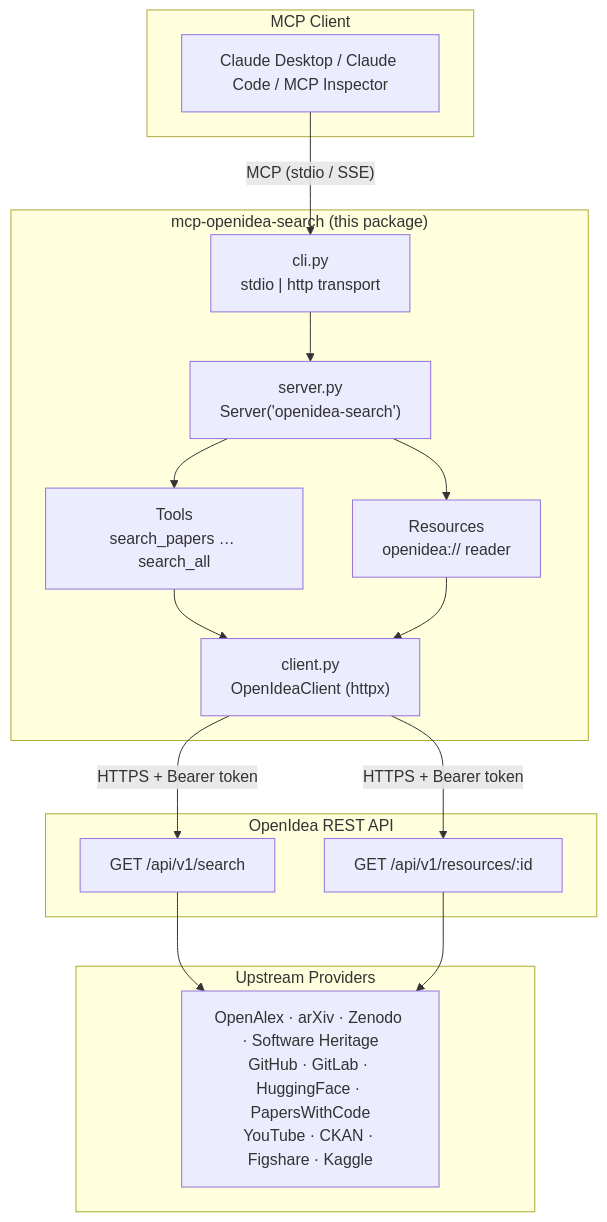
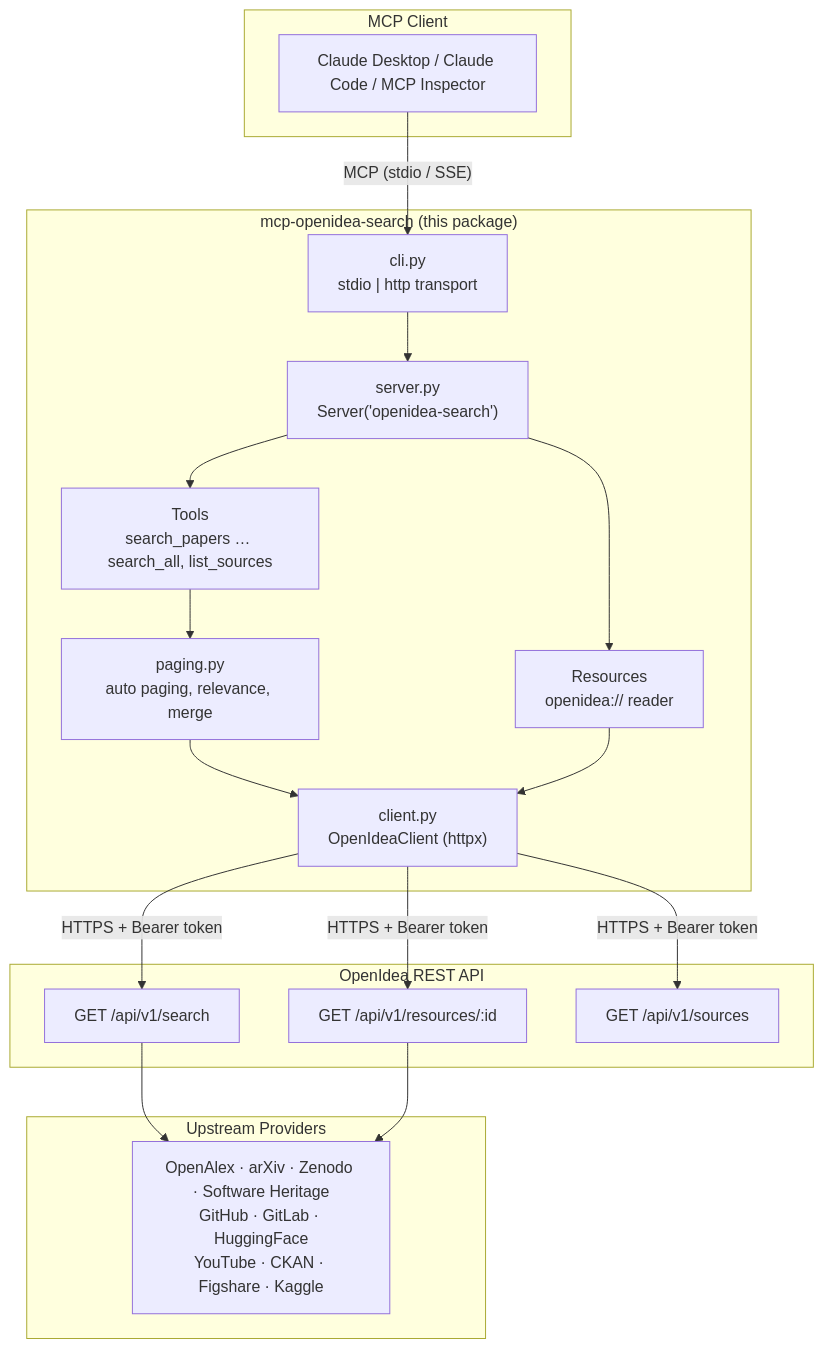
One commit to openideaorg/openidea-mcp changed the first of 4 diagrams in docs/architecture.md. Above: the diagram before and after it, drawn with Mermaid. The commit also changed other lines of this file and 6 other files, not shown here.

First line of the commit message:
Document relevance paging, sources and list_sources

````diff
--- a/docs/architecture.md
+++ b/docs/architecture.md
@@ -78,34 +96,38 @@
 ```mermaid
 flowchart TD
     subgraph Client["MCP Client"]
         CD["Claude Desktop / Claude Code / MCP Inspector"]
     end
 
     subgraph Server["mcp-openidea-search (this package)"]
         CLI["cli.py<br/>stdio | http transport"]
         SRV["server.py<br/>Server('openidea-search')"]
-        TOOLS["Tools<br/>search_papers … search_all"]
+        TOOLS["Tools<br/>search_papers … search_all, list_sources"]
+        PAGING["paging.py<br/>auto paging, relevance, merge"]
         RES["Resources<br/>openidea:// reader"]
         CLIENT["client.py<br/>OpenIdeaClient (httpx)"]
         CLI --> SRV
         SRV --> TOOLS
         SRV --> RES
-        TOOLS --> CLIENT
+        TOOLS --> PAGING
+        PAGING --> CLIENT
         RES --> CLIENT
     end
 
     subgraph API["OpenIdea REST API"]
         SEARCH["GET /api/v1/search"]
         RESOURCE["GET /api/v1/resources/:id"]
+        SOURCES["GET /api/v1/sources"]
     end
 
     subgraph Providers["Upstream Providers"]
-        P["OpenAlex · arXiv · Zenodo · Software Heritage<br/>GitHub · GitLab · HuggingFace · PapersWithCode<br/>YouTube · CKAN · Figshare · Kaggle"]
+        P["OpenAlex · arXiv · Zenodo · Software Heritage<br/>GitHub · GitLab · HuggingFace<br/>YouTube · CKAN · Figshare · Kaggle"]
     end
 
     CD -- "MCP (stdio / SSE)" --> CLI
     CLIENT -- "HTTPS + Bearer token" --> SEARCH
     CLIENT -- "HTTPS + Bearer token" --> RESOURCE
+    CLIENT -- "HTTPS + Bearer token" --> SOURCES
     SEARCH --> P
     RESOURCE --> P
 ```
````
